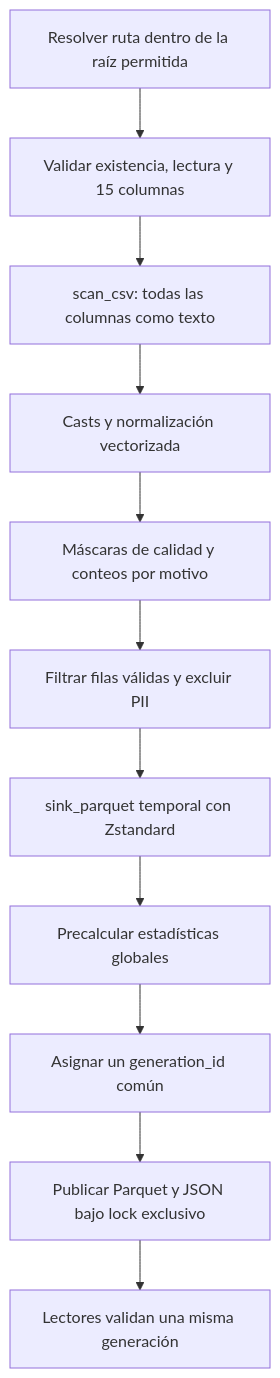
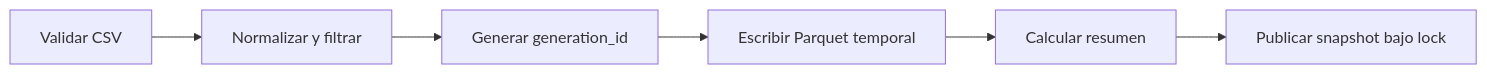
Before and after one commit to alanelap/servicio-rest-estadisticas-ventas: the second of 2 diagrams in README.md, drawn with Mermaid. The commit also changed other lines of this file, not shown here.

````diff
--- a/README.md
+++ b/README.md
@@ -39,13 +264,8 @@
 ```mermaid
-flowchart TD
-    A["Resolver ruta dentro de la raíz permitida"] --> B["Validar existencia, lectura y 15 columnas"]
-    B --> C["scan_csv: todas las columnas como texto"]
-    C --> D["Casts y normalización vectorizada"]
-    D --> E["Máscaras de calidad y conteos por motivo"]
-    E --> F["Filtrar filas válidas y excluir PII"]
-    F --> G["sink_parquet temporal con Zstandard"]
-    G --> H["Precalcular estadísticas globales"]
-    H --> I["Asignar un generation_id común"]
-    I --> J["Publicar Parquet y JSON bajo lock exclusivo"]
-    J --> K["Lectores validan una misma generación"]
+flowchart LR
+    A["Validar CSV"] --> B["Normalizar y filtrar"]
+    B --> C["Generar generation_id"]
+    C --> D["Escribir Parquet temporal"]
+    D --> E["Calcular resumen"]
+    E --> F["Publicar snapshot bajo lock"]
 ```
````
